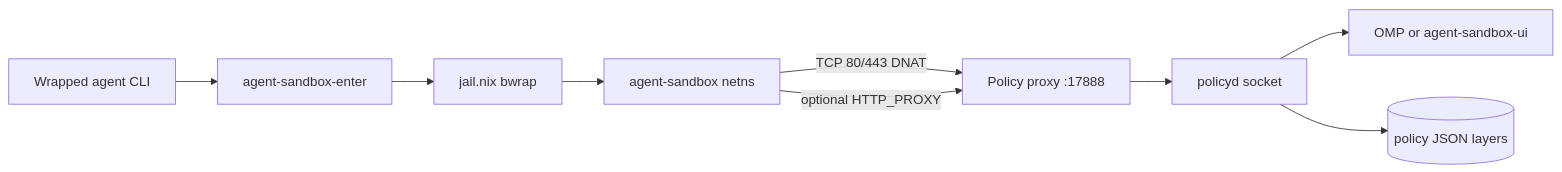
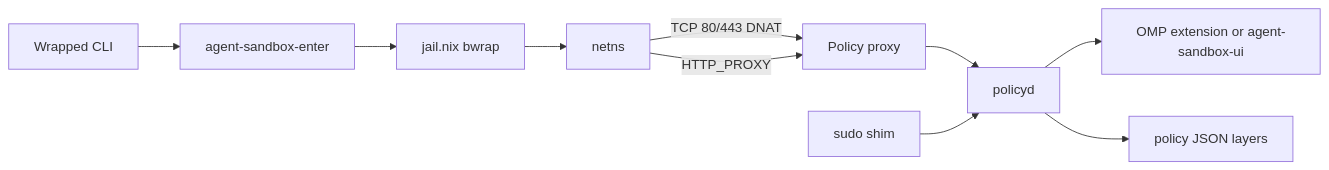
Before and after one commit to tdortman/dotfiles: the diagram in nix/modules/nixos/agent-sandbox/README.md, drawn with Mermaid. The commit also changed other lines of this file, not shown here.

First line of the commit message:
docs(agent-sandbox): streamline README structure

````diff
--- a/nix/modules/nixos/agent-sandbox/README.md
+++ b/nix/modules/nixos/agent-sandbox/README.md
@@ -39,11 +18,12 @@
 ```mermaid
 flowchart LR
-  agent[Wrapped agent CLI] --> enter[agent-sandbox-enter]
+  agent[Wrapped CLI] --> enter[agent-sandbox-enter]
   enter --> jail[jail.nix bwrap]
-  jail --> netns[agent-sandbox netns]
-  netns -->|TCP 80/443 DNAT| proxy[Policy proxy :17888]
-  netns -->|optional HTTP_PROXY| proxy
-  proxy --> policyd[policyd socket]
-  policyd --> ui[OMP or agent-sandbox-ui]
-  policyd --> files[(policy JSON layers)]
+  jail --> netns[netns]
+  netns -->|TCP 80/443 DNAT| proxy[Policy proxy]
+  netns -->|HTTP_PROXY| proxy
+  proxy --> policyd[policyd]
+  policyd --> ui[OMP extension or agent-sandbox-ui]
+  policyd --> files[policy JSON layers]
+  sudo[sudo shim] --> policyd
 ```
````
